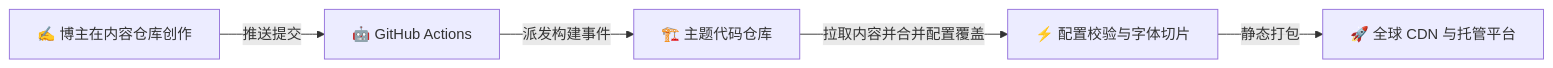
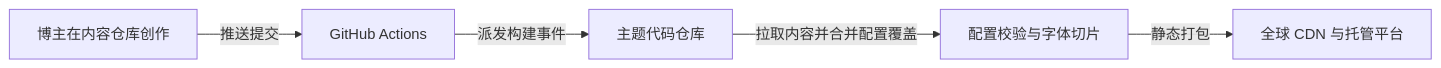
The diagram in docs/guide/content-separation/concepts/README.md (LyraVoid/Shirone-Docs), drawn with Mermaid before and after one commit. The commit also changed 7 other files, not shown here.

Commit message:
docs: standardize terminology in content separation guides by removing emojis from diagrams for improved clarity and consistency in both English and Chinese

````diff
--- a/docs/guide/content-separation/concepts/README.md
+++ b/docs/guide/content-separation/concepts/README.md
@@ -33,7 +33,7 @@
 ```mermaid
 flowchart LR
-    A["✍️ 博主在内容仓库创作"] -->|推送提交| B["🤖 GitHub Actions"]
-    B -->|派发构建事件| C["🏗️ 主题代码仓库"]
-    C -->|拉取内容并合并配置覆盖| D["⚡ 配置校验与字体切片"]
-    D -->|静态打包| E["🚀 全球 CDN 与托管平台"]
+    A[博主在内容仓库创作] -->|推送提交| B[GitHub Actions]
+    B -->|派发构建事件| C[主题代码仓库]
+    C -->|拉取内容并合并配置覆盖| D[配置校验与字体切片]
+    D -->|静态打包| E[全球 CDN 与托管平台]
 ```
````
